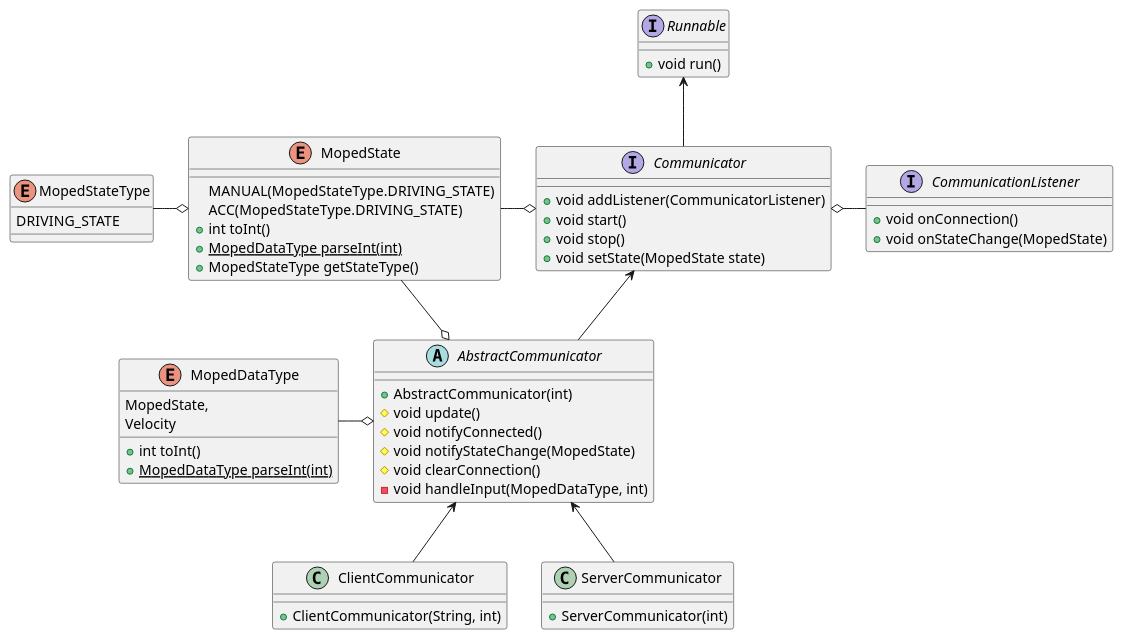
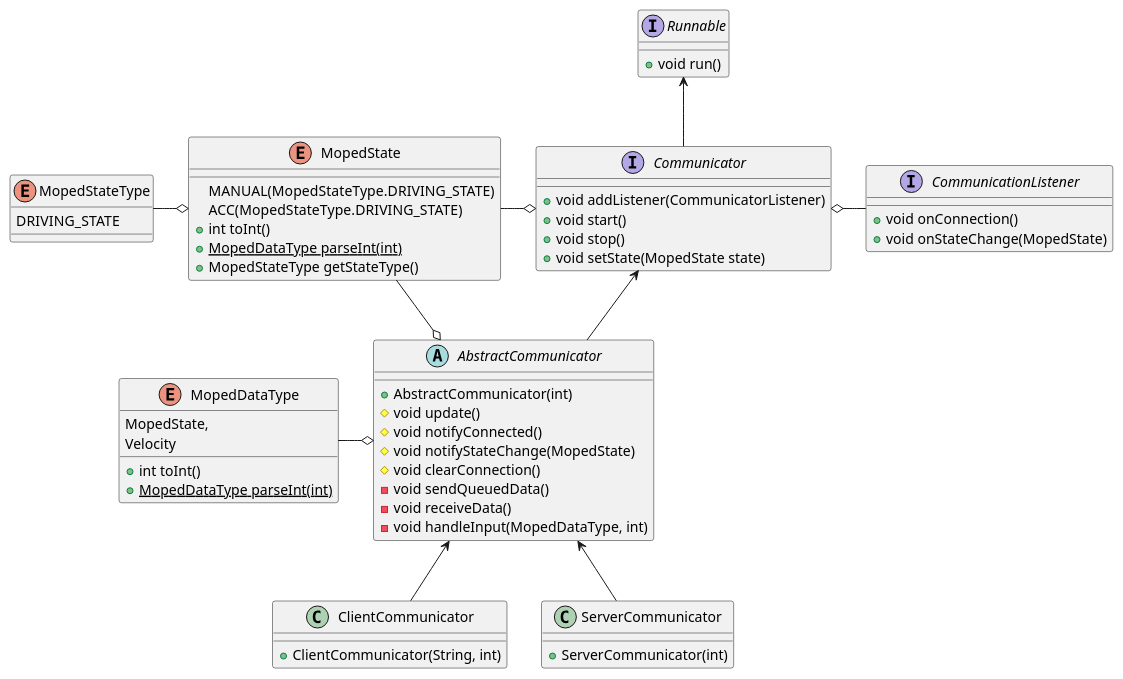
Before and after one commit to felixnorden/moppepojkar: the diagram in src/communication/UML/communcation.puml, drawn with PlantUML. The commit also changed 1 other file, not shown here.

```diff
--- a/src/communication/UML/communcation.puml
+++ b/src/communication/UML/communcation.puml
@@ -1,65 +1,67 @@
 @startuml
 Communicator <-- AbstractCommunicator
 AbstractCommunicator <-- ClientCommunicator
 AbstractCommunicator <-- ServerCommunicator
 Runnable <-- Communicator
 Communicator o- CommunicationListener
 MopedState -o AbstractCommunicator
 MopedState -o Communicator
 MopedDataType -o AbstractCommunicator
 MopedStateType -o MopedState
 
 
 
 interface Runnable {
     +void run()
 }
 
 interface Communicator {
     +void addListener(CommunicatorListener)
     +void start()
     +void stop()
     +void setState(MopedState state)
 }
 
 interface CommunicationListener {
     +void onConnection()
     +void onStateChange(MopedState)
 }
 
 abstract class AbstractCommunicator {
     +AbstractCommunicator(int)
     #void update()
     #void notifyConnected()
     #void notifyStateChange(MopedState)
     #void clearConnection()
+    -void sendQueuedData()
+    -void receiveData()
     -void handleInput(MopedDataType, int)
 }
 
 class ClientCommunicator {
     +ClientCommunicator(String, int)
 }
 
 class ServerCommunicator {
     +ServerCommunicator(int)
 }
 
 Enum MopedState {
     MANUAL(MopedStateType.DRIVING_STATE)
     ACC(MopedStateType.DRIVING_STATE)
     +int toInt()
     {static}+MopedDataType parseInt(int)
     +MopedStateType getStateType()
 }
 
 Enum MopedDataType {
     MopedState,
     Velocity
     +int toInt()
     {static}+MopedDataType parseInt(int)
 }
 
 Enum MopedStateType {
     DRIVING_STATE
 }
 @enduml
```
